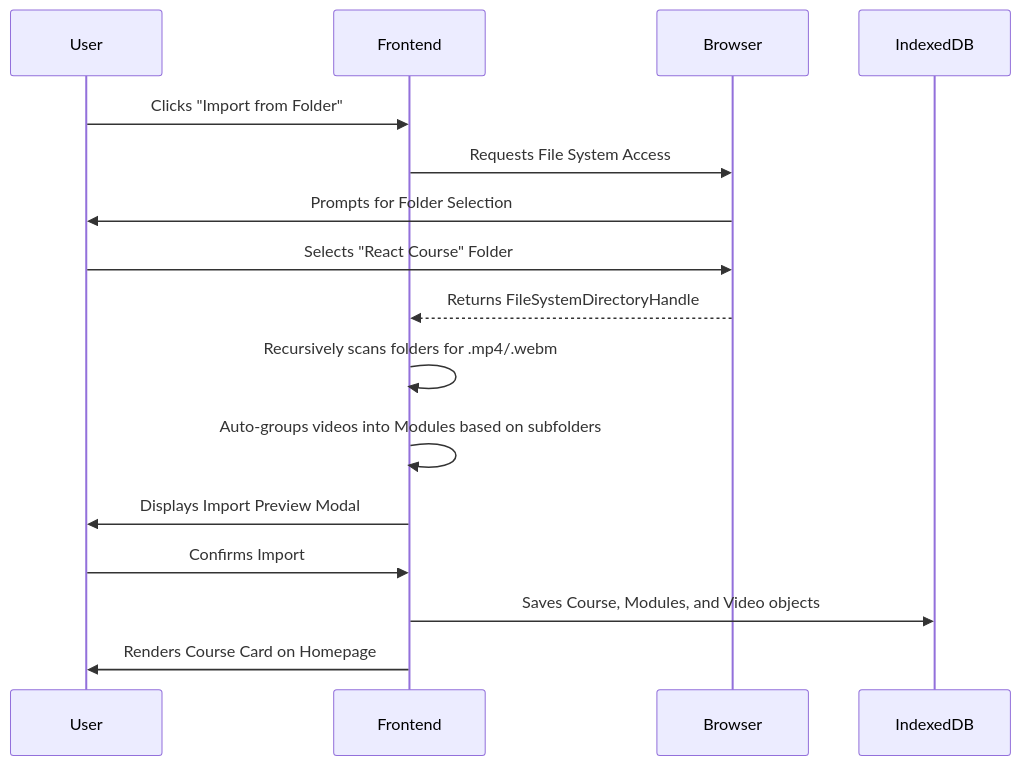
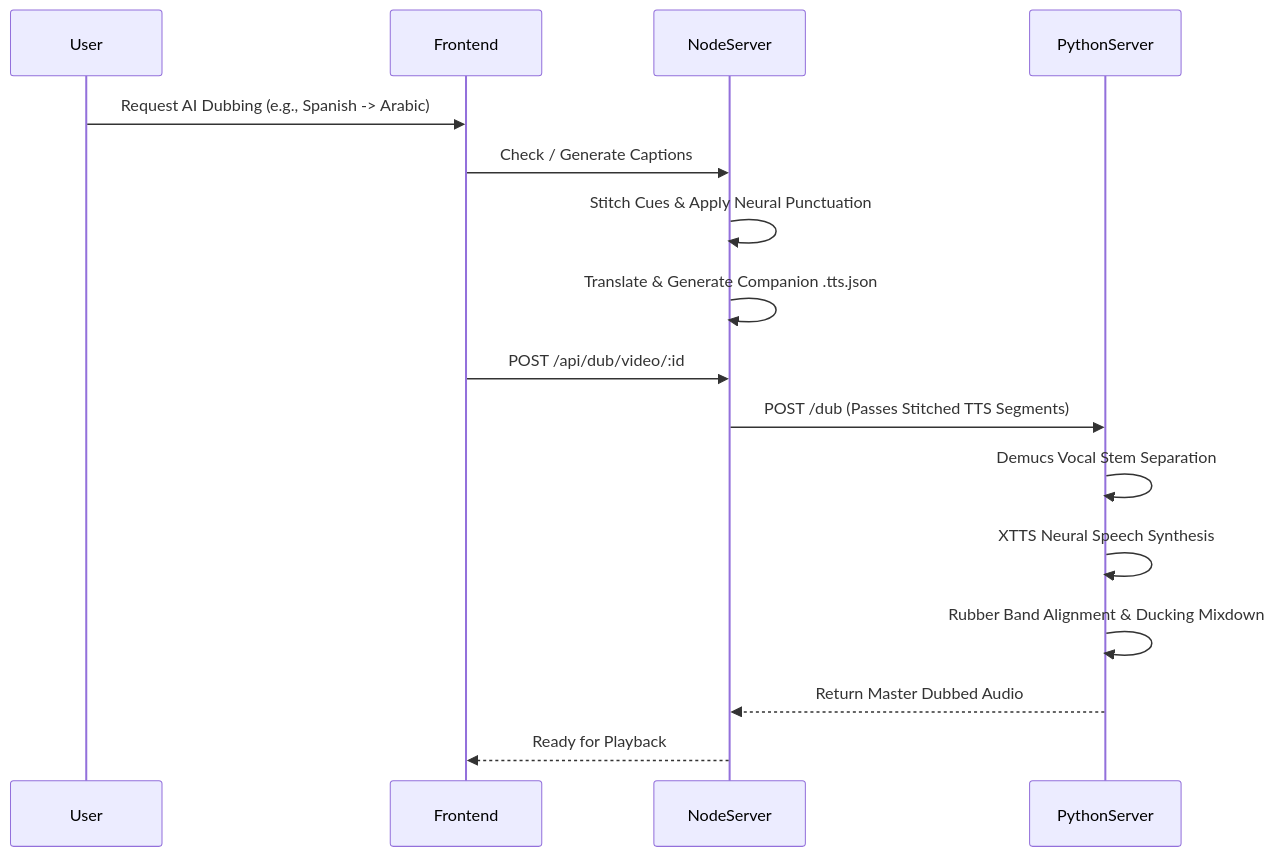
The second of 2 diagrams in docs/DOCUMENTATION.md (noureldenadel/TutIn), drawn with Mermaid before and after one commit. The commit also changed other lines of this file and 18 other files, not shown here.

````diff
--- a/docs/DOCUMENTATION.md
+++ b/docs/DOCUMENTATION.md
@@ -111,19 +117,19 @@
 ```mermaid
 sequenceDiagram
     participant User
     participant Frontend
-    participant Browser
-    participant IndexedDB
+    participant NodeServer
+    participant PythonServer
     
-    User->>Frontend: Clicks "Import from Folder"
-    Frontend->>Browser: Requests File System Access
-    Browser->>User: Prompts for Folder Selection
-    User->>Browser: Selects "React Course" Folder
-    Browser-->>Frontend: Returns FileSystemDirectoryHandle
-    Frontend->>Frontend: Recursively scans folders for .mp4/.webm
-    Frontend->>Frontend: Auto-groups videos into Modules based on subfolders
-    Frontend->>User: Displays Import Preview Modal
-    User->>Frontend: Confirms Import
-    Frontend->>IndexedDB: Saves Course, Modules, and Video objects
-    Frontend->>User: Renders Course Card on Homepage
+    User->>Frontend: Request AI Dubbing (e.g., Spanish -> Arabic)
+    Frontend->>NodeServer: Check / Generate Captions
+    NodeServer->>NodeServer: Stitch Cues & Apply Neural Punctuation
+    NodeServer->>NodeServer: Translate & Generate Companion .tts.json
+    Frontend->>NodeServer: POST /api/dub/video/:id
+    NodeServer->>PythonServer: POST /dub (Passes Stitched TTS Segments)
+    PythonServer->>PythonServer: Demucs Vocal Stem Separation
+    PythonServer->>PythonServer: XTTS Neural Speech Synthesis
+    PythonServer->>PythonServer: Rubber Band Alignment & Ducking Mixdown
+    PythonServer-->>NodeServer: Return Master Dubbed Audio
+    NodeServer-->>Frontend: Ready for Playback
 ```
````
